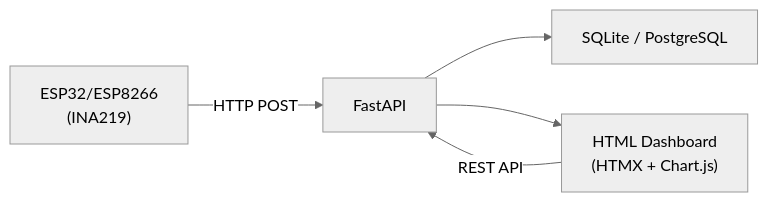
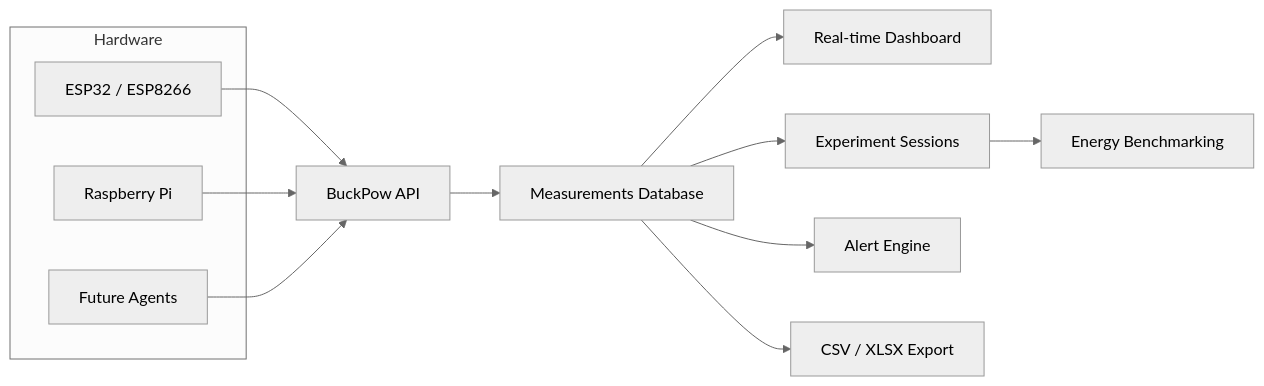
The diagram in README.md (arifnd/buckpow), drawn with Mermaid (neutral theme) before and after one commit. The commit also changed other lines of this file, not shown here.

````diff
--- a/README.md
+++ b/README.md
@@ -75,7 +86,22 @@
 ```mermaid
 graph LR
-    S["ESP32/ESP8266<br/>(INA219)"] -->|HTTP POST| API["FastAPI"]
-    API --> DB["SQLite / PostgreSQL"]
-    API --> DASH["HTML Dashboard<br/>(HTMX + Chart.js)"]
-    DASH -->|REST API| API
+    subgraph Hardware
+        ESP["ESP32 / ESP8266"]
+        PI["Raspberry Pi"]
+        OTHER["Future Agents"]
+    end
+
+    ESP --> API
+    PI --> API
+    OTHER --> API
+
+    API["BuckPow API"]
+
+    API --> DB["Measurements Database"]
+
+    DB --> DASH["Real-time Dashboard"]
+    DB --> SESSION["Experiment Sessions"]
+    SESSION --> BENCH["Energy Benchmarking"]
+    DB --> ALERT["Alert Engine"]
+    DB --> EXPORT["CSV / XLSX Export"]
 ```
````
